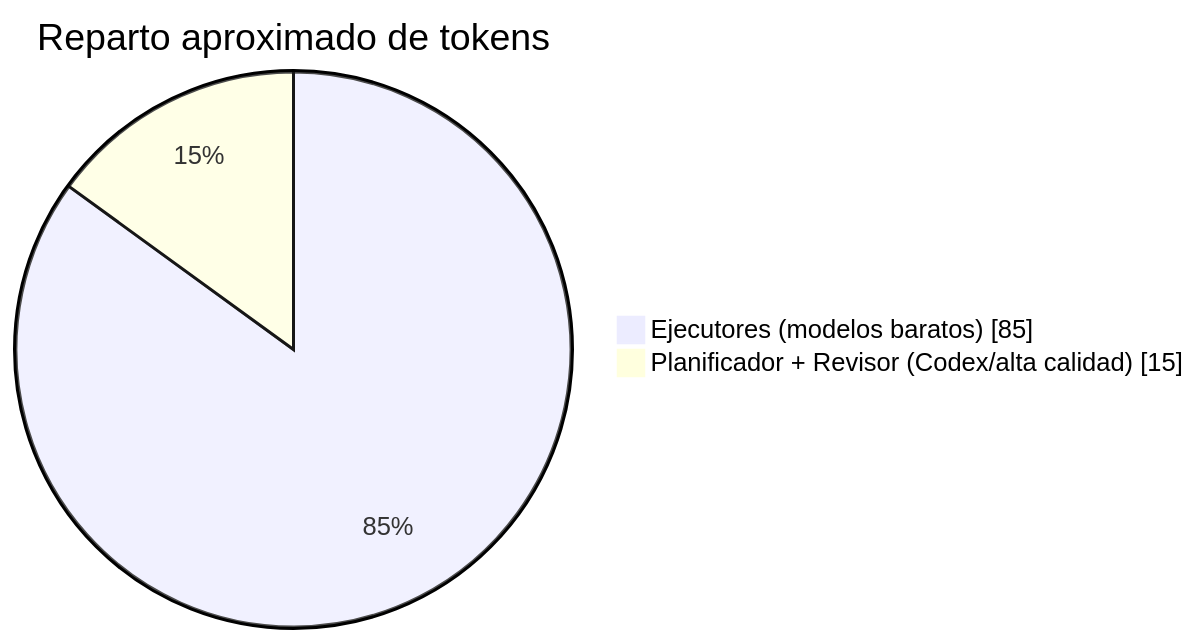
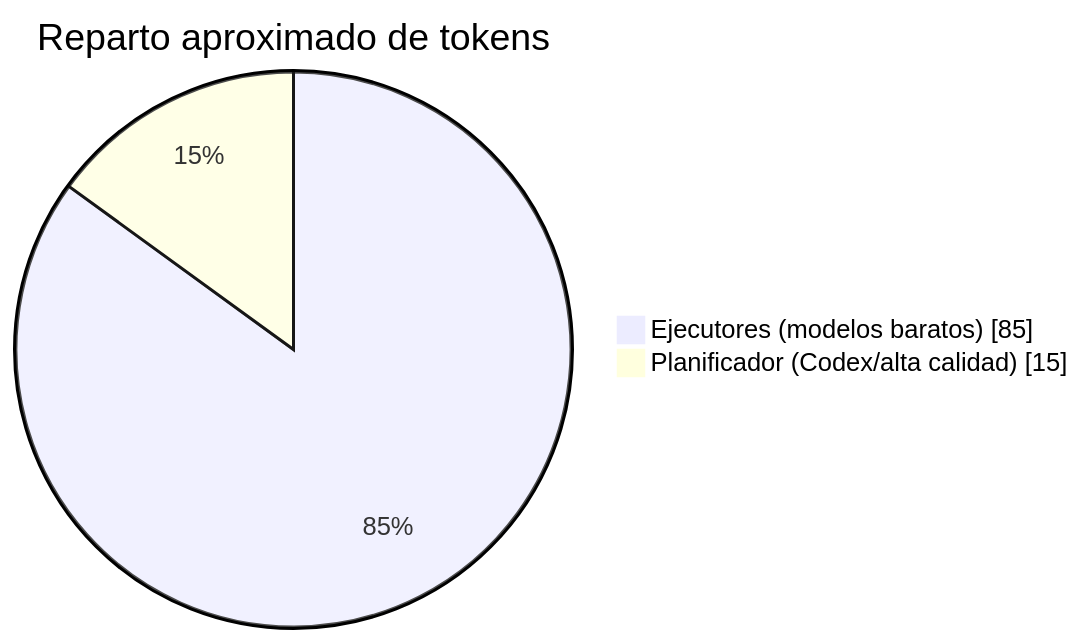
The fourth of 4 diagrams in docs/arquitectura.md (marksato13/self-hosted-ai-devops), drawn with Mermaid before and after one commit. The commit also changed other lines of this file and 10 other files, not shown here.

````diff
--- a/docs/arquitectura.md
+++ b/docs/arquitectura.md
@@ -185,6 +185,6 @@
 ```mermaid
 pie showData
     title Reparto aproximado de tokens
     "Ejecutores (modelos baratos)" : 85
-    "Planificador + Revisor (Codex/alta calidad)" : 15
+    "Planificador (Codex/alta calidad)" : 15
 ```
````
